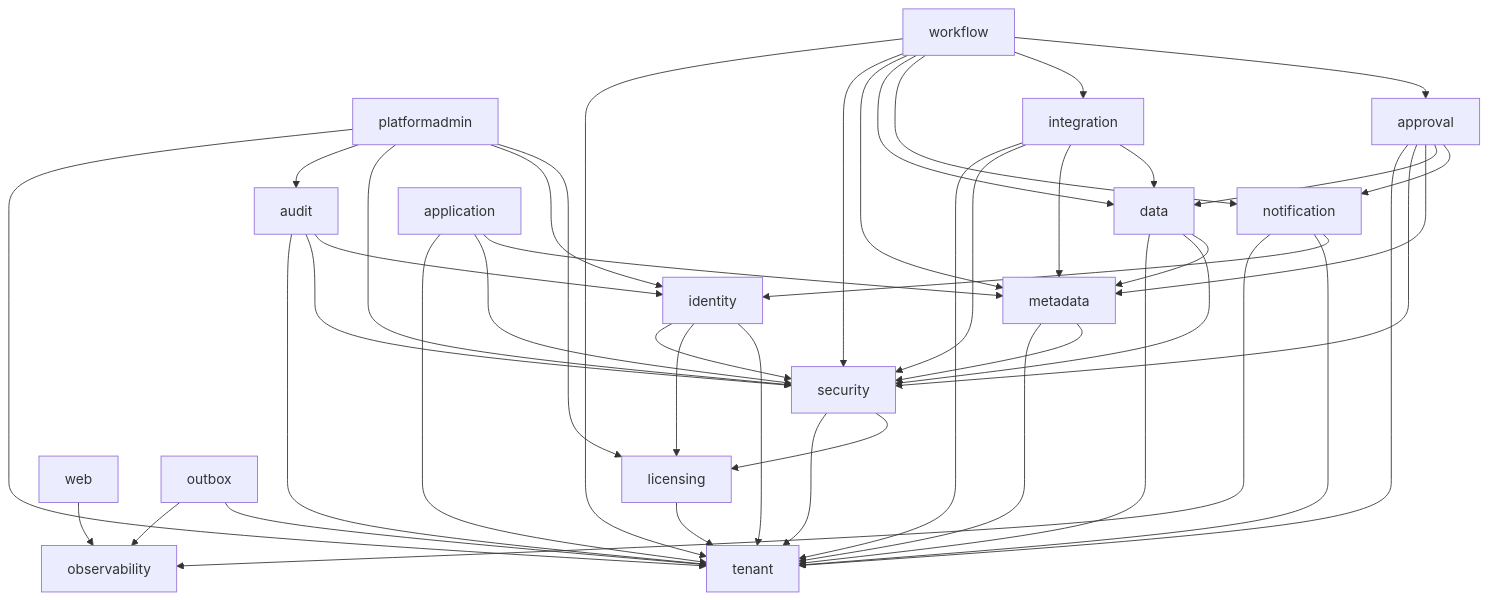
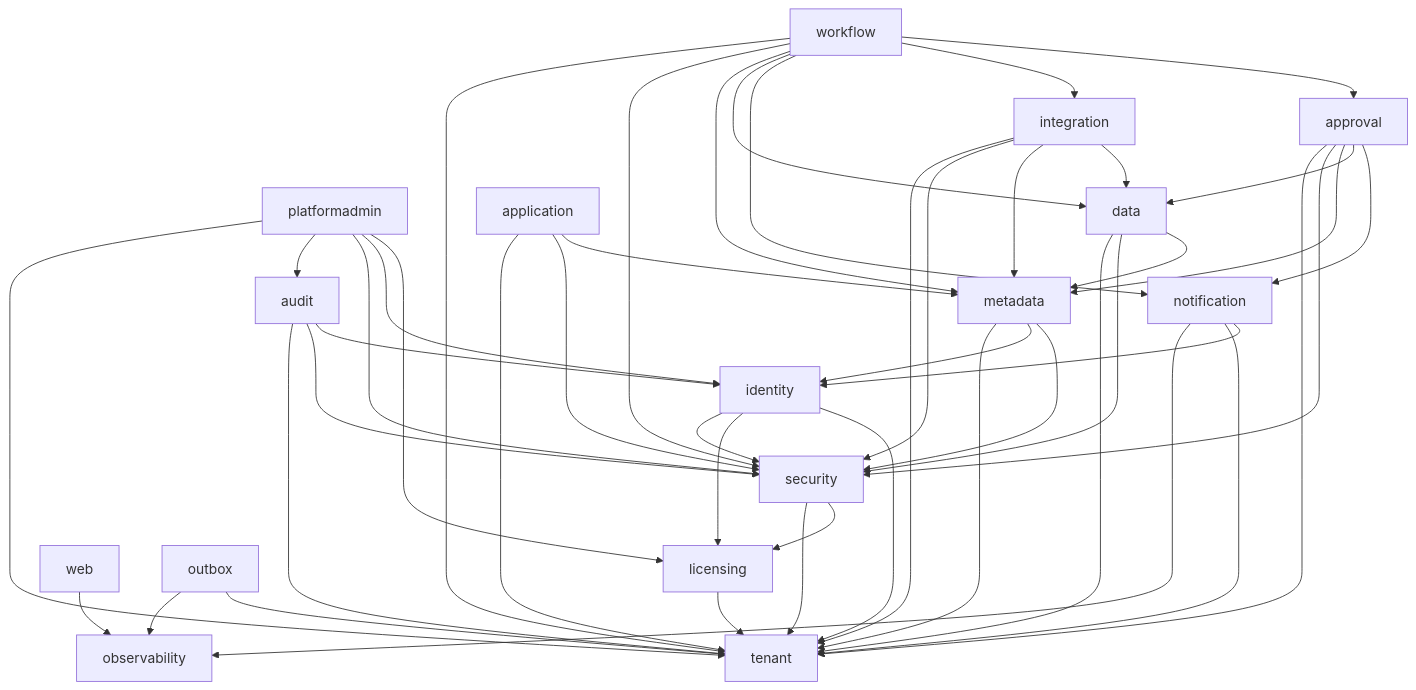
The diagram in docs/modules.md (JKCloudbridge/SaaSJAVA), drawn with Mermaid before and after one commit. The commit also changed other lines of this file and 116 other files, not shown here.

````diff
--- a/docs/modules.md
+++ b/docs/modules.md
@@ -30,17 +30,17 @@
 ```mermaid
 graph TD
   platformadmin --> licensing & identity & security & audit & tenant
   audit --> identity & security & tenant
   workflow --> approval & integration & notification & data & metadata & security & tenant
   approval --> notification & data & metadata & security & tenant
   integration --> data & metadata & security & tenant
   data --> metadata & security & tenant
   application --> metadata & security & tenant
-  metadata --> security & tenant
+  metadata --> security & identity & tenant
   security --> licensing & tenant
   licensing --> tenant
   notification --> identity & tenant & observability
   identity --> tenant & licensing & security
   web --> observability
   outbox --> tenant & observability
 ```
````
